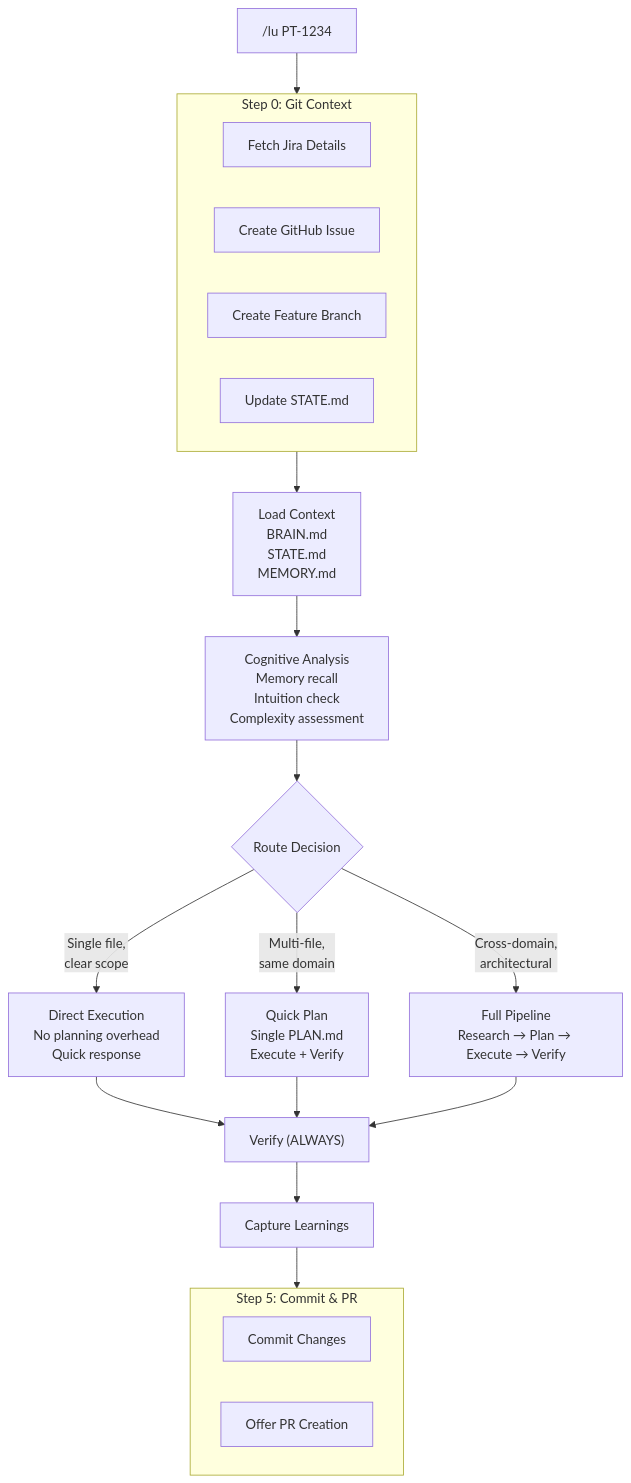
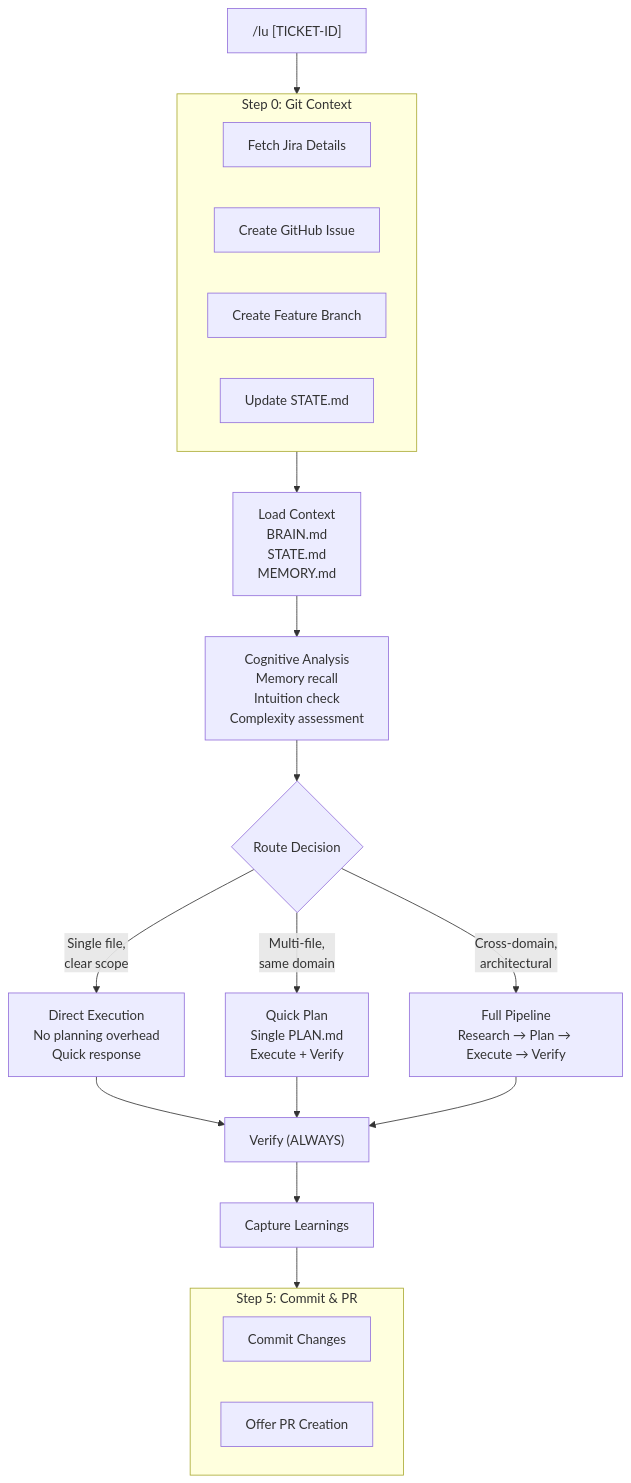
Before and after one commit to asibilia/luca-framework: the second of 3 diagrams in docs/agent-framework/luca/architecture-plan.md, drawn with Mermaid. The commit also changed other lines of this file and 205 other files, not shown here.

````diff
--- a/docs/agent-framework/luca/architecture-plan.md
+++ b/docs/agent-framework/luca/architecture-plan.md
@@ -152,43 +152,43 @@
 ```mermaid
 flowchart TB
-    REQ["/lu PT-1234"]
+    REQ["/lu [TICKET-ID]"]
 
     subgraph Git["Step 0: Git Context"]
         JIRA["Fetch Jira Details"]
         ISSUE["Create GitHub Issue"]
         BRANCH["Create Feature Branch"]
         STATE["Update STATE.md"]
     end
 
     LOAD["Load Context<br/>BRAIN.md<br/>STATE.md<br/>MEMORY.md"]
 
     ANALYZE["Cognitive Analysis<br/>Memory recall<br/>Intuition check<br/>Complexity assessment"]
 
     ROUTE{"Route Decision"}
 
     TRIVIAL["Direct Execution<br/>No planning overhead<br/>Quick response"]
 
     MODERATE["Quick Plan<br/>Single PLAN.md<br/>Execute + Verify"]
 
     COMPLEX["Full Pipeline<br/>Research → Plan → Execute → Verify"]
 
     VERIFY["Verify (ALWAYS)"]
     LEARN["Capture Learnings"]
 
     subgraph Commit["Step 5: Commit & PR"]
         COMMIT["Commit Changes"]
         PR["Offer PR Creation"]
     end
 
     REQ --> Git
     Git --> LOAD --> ANALYZE --> ROUTE
     ROUTE -->|"Single file,<br/>clear scope"| TRIVIAL
     ROUTE -->|"Multi-file,<br/>same domain"| MODERATE
     ROUTE -->|"Cross-domain,<br/>architectural"| COMPLEX
 
     TRIVIAL --> VERIFY
     MODERATE --> VERIFY
     COMPLEX --> VERIFY
 
     VERIFY --> LEARN --> Commit
 ```
````
